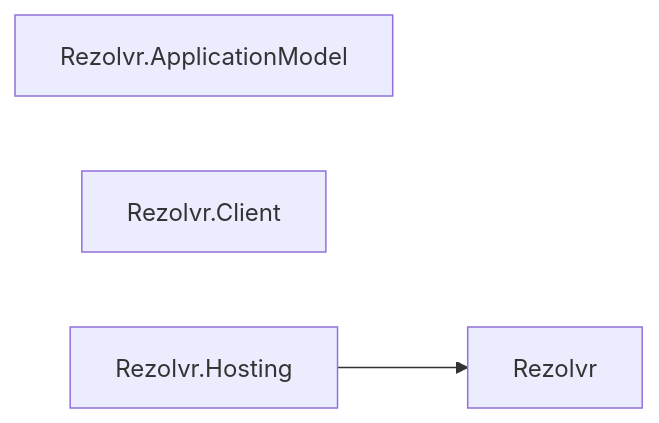
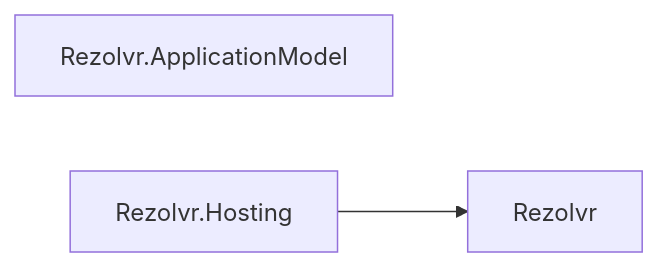
One commit to assimalign/cohesion changed diagram 26 of 29 in docs/DEPENDENCIES.md. Above: the diagram before and after it, drawn with Mermaid. The commit also changed other lines of this file and 599 other files, not shown here.

````diff
--- a/docs/DEPENDENCIES.md
+++ b/docs/DEPENDENCIES.md
@@ -953,8 +944,7 @@
 ```mermaid
 flowchart LR
     N0["Rezolvr"]
     N1["Rezolvr.ApplicationModel"]
-    N2["Rezolvr.Client"]
-    N3["Rezolvr.Hosting"]
-    N3 --> N0
+    N2["Rezolvr.Hosting"]
+    N2 --> N0
 ```
````
